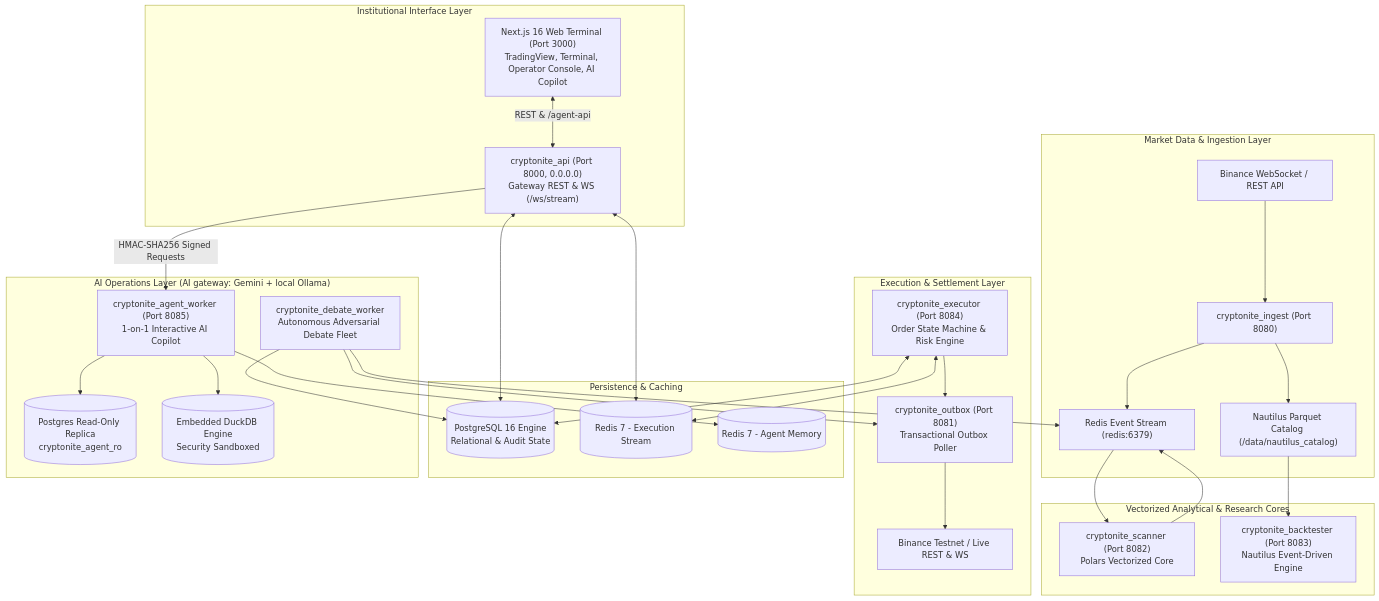
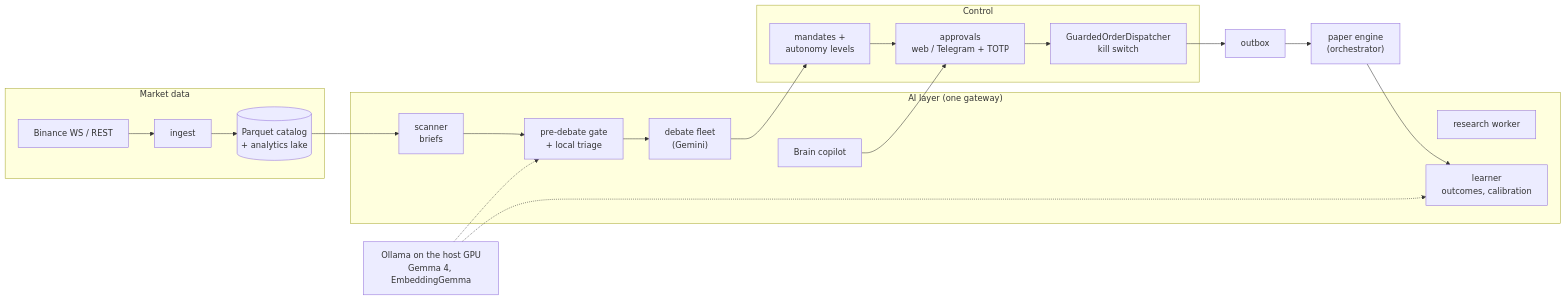
One commit to sayegh9/cryptonite changed the diagram in README.md. Above: the diagram before and after it, drawn with Mermaid. The commit also changed other lines of this file and 10 other files, not shown here.

````diff
--- a/README.md
+++ b/README.md
@@ -36,50 +72,26 @@
 ```mermaid
-flowchart TB
-    subgraph MarketData ["Market Data & Ingestion Layer"]
-        BinanceWS["Binance WebSocket / REST API"] --> Ingest["cryptonite_ingest (Port 8080)"]
-        Ingest --> ParquetCat["Nautilus Parquet Catalog (/data/nautilus_catalog)"]
-        Ingest --> RedisPubSub["Redis Event Stream (redis:6379)"]
+flowchart LR
+    subgraph Data["Market data"]
+        Binance["Binance WS / REST"] --> Ingest["ingest"]
+        Ingest --> Lake[("Parquet catalog<br/>+ analytics lake")]
     end
-
-    subgraph AnalyticalCores ["Vectorized Analytical & Research Cores"]
-        RedisPubSub --> Scanner["cryptonite_scanner (Port 8082)<br/>Polars Vectorized Core"]
-        ParquetCat --> Backtester["cryptonite_backtester (Port 8083)<br/>Nautilus Event-Driven Engine"]
+    subgraph Brain["AI layer (one gateway)"]
+        Scanner["scanner<br/>briefs"] --> Gate["pre-debate gate<br/>+ local triage"]
+        Gate --> Debate["debate fleet<br/>(Gemini)"]
+        Copilot["Brain copilot"]
+        Research["research worker"]
+        Learner["learner<br/>outcomes, calibration"]
     end
-
-    subgraph ExecutionPlane ["Execution & Settlement Layer"]
-        Executor["cryptonite_executor (Port 8084)<br/>Order State Machine & Risk Engine"]
-        Outbox["cryptonite_outbox (Port 8081)<br/>Transactional Outbox Poller"]
-        Executor --> Outbox
-        Outbox --> BinanceLive["Binance Testnet / Live REST & WS"]
+    subgraph Control["Control"]
+        Mandates["mandates +<br/>autonomy levels"]
+        Approvals["approvals<br/>web / Telegram + TOTP"]
+        Risk["GuardedOrderDispatcher<br/>kill switch"]
     end
-
-    subgraph Persistence ["Persistence & Caching"]
-        Postgres[(PostgreSQL 16 Engine<br/>Relational & Audit State)]
-        RedisExec[(Redis 7 - Execution Stream)]
-        RedisAgents[(Redis 7 - Agent Memory)]
-    end
-
-    subgraph AIOperations ["AI Operations Layer (AI gateway: Gemini + local Ollama)"]
-        AgentWorker["cryptonite_agent_worker (Port 8085)<br/>1-on-1 Interactive AI Copilot"]
-        DebateWorker["cryptonite_debate_worker<br/>Autonomous Adversarial Debate Fleet"]
-        AgentWorker --> PostgresRO[(Postgres Read-Only Replica<br/>cryptonite_agent_ro)]
-        AgentWorker --> ParquetDuckDB[(Embedded DuckDB Engine<br/>Security Sandboxed)]
-        AgentWorker --> RedisAgents
-        DebateWorker --> RedisPubSub
-        DebateWorker --> Postgres
-        DebateWorker --> Outbox
-    end
-
-    subgraph Interface ["Institutional Interface Layer"]
-        FastAPI["cryptonite_api (Port 8000, 0.0.0.0)<br/>Gateway REST & WS (/ws/stream)"]
-        WebUI["Next.js 16 Web Terminal (Port 3000)<br/>TradingView, Terminal, Operator Console, AI Copilot"]
-    end
-
-    FastAPI <--> Postgres
-    FastAPI <--> RedisExec
-    WebUI <-->|REST & /agent-api| FastAPI
-    FastAPI -->|HMAC-SHA256 Signed Requests| AgentWorker
-    Executor <--> Postgres
-    Executor <--> RedisExec
-    Scanner --> RedisPubSub
+    Lake --> Scanner
+    Debate --> Mandates
+    Copilot --> Approvals
+    Mandates --> Approvals --> Risk --> Outbox["outbox"] --> Paper["paper engine<br/>(orchestrator)"]
+    Paper --> Learner
+    Ollama["Ollama on the host GPU<br/>Gemma 4, EmbeddingGemma"] -.-> Gate
+    Ollama -.-> Learner
 ```
````
